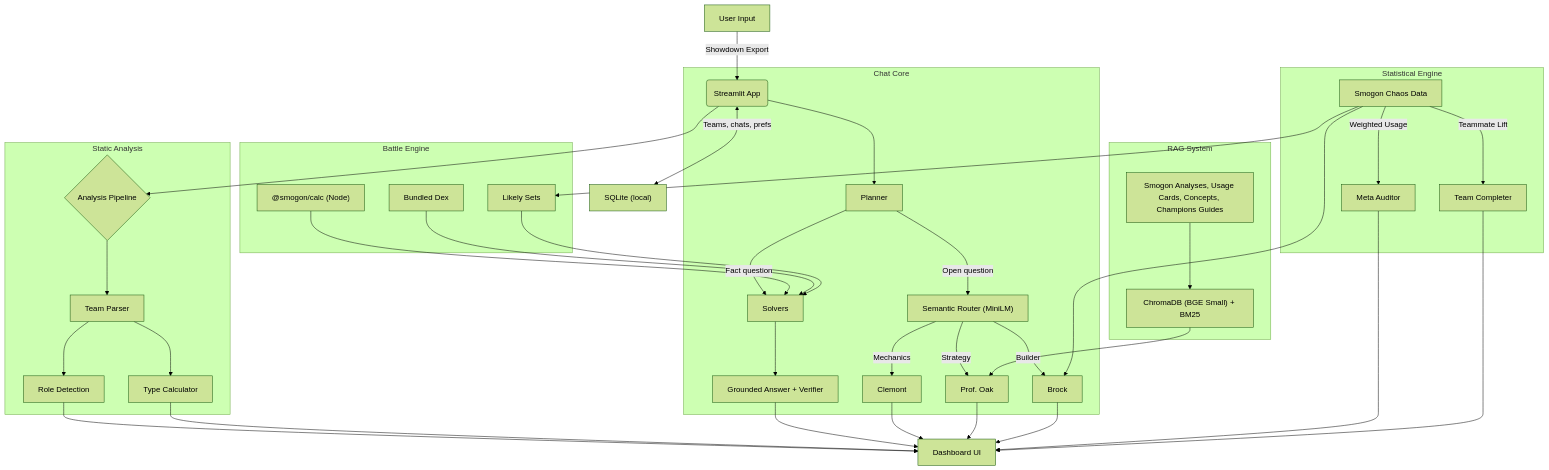
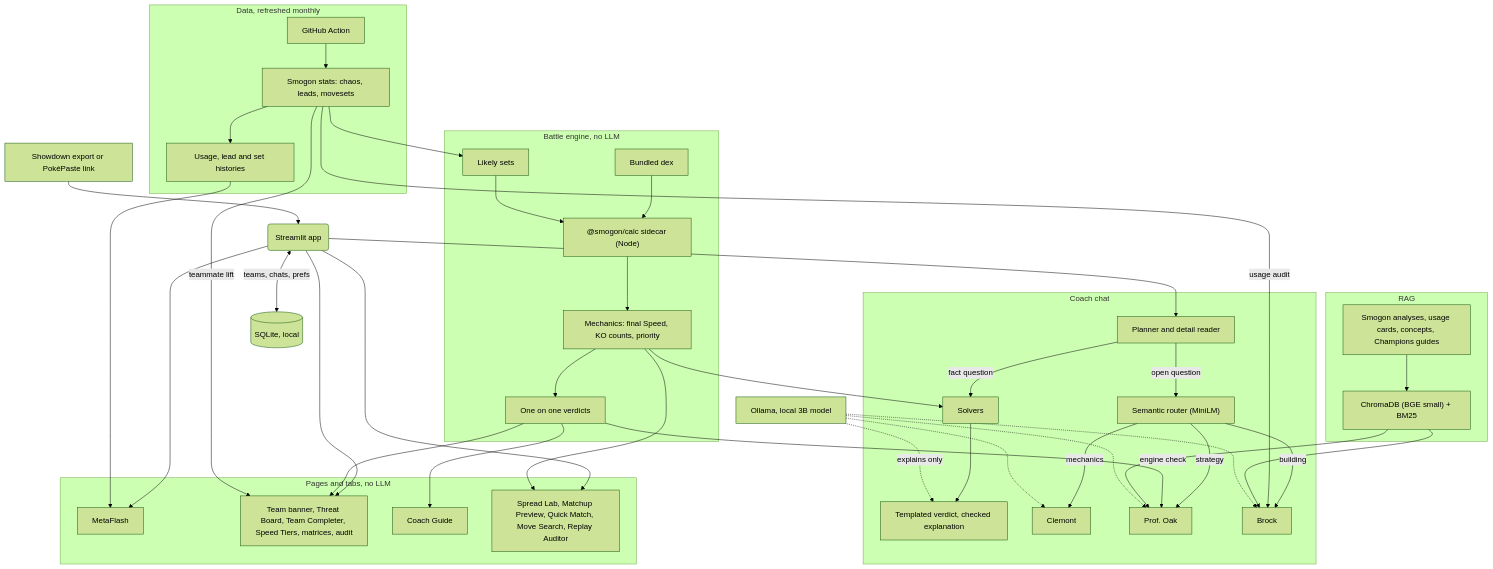
Before and after one commit to NamikazeAsh/MetaMatch: the second of 2 diagrams in README.md, drawn with Mermaid (forest theme). The commit also changed other lines of this file, not shown here.

Commit message:
Update the README chat flow and architecture diagrams

````diff
--- a/README.md
+++ b/README.md
@@ -293,53 +295,75 @@
 ```mermaid
 graph TD
-    A["User Input"] -->|"Showdown Export"| B("Streamlit App")
-    B --> C{"Analysis Pipeline"}
-    B <-->|"Teams, chats, prefs"| S["SQLite (local)"]
+    IN["Showdown export or PokéPaste link"] --> APP("Streamlit app")
+    APP <-->|"teams, chats, prefs"| DB[("SQLite, local")]
 
-    subgraph Engine ["Battle Engine"]
-    K["@smogon/calc (Node)"]
-    X["Bundled Dex"]
-    Y["Likely Sets"]
+    subgraph DATA ["Data, refreshed monthly"]
+        CI["GitHub Action"]
+        STATS["Smogon stats: chaos, leads, movesets"]
+        HIST["Usage, lead and set histories"]
     end
+    CI --> STATS
+    STATS --> HIST
 
-    subgraph AI_Core ["Chat Core"]
-    B --> PL["Planner"]
-    PL -->|"Fact question"| SO["Solvers"]
-    SO --> GR["Grounded Answer + Verifier"]
-    PL -->|"Open question"| R["Semantic Router (MiniLM)"]
-    R -->|Mechanics| T["Clemont"]
-    R -->|Strategy| U["Prof. Oak"]
-    R -->|Builder| V["Brock"]
+    subgraph ENGINE ["Battle engine, no LLM"]
+        DEX["Bundled dex"]
+        SETS["Likely sets"]
+        CALC["@smogon/calc sidecar (Node)"]
+        MECH["Mechanics: final Speed, KO counts, priority"]
+        BOARD["One on one verdicts"]
     end
+    STATS --> SETS
+    DEX --> CALC
+    SETS --> CALC
+    CALC --> MECH
+    MECH --> BOARD
 
-    K --> SO
-    X --> SO
-    Y --> SO
+    subgraph PAGES ["Pages and tabs, no LLM"]
+        FLASH["MetaFlash"]
+        DASH["Team banner, Threat Board, Team Completer, Speed Tiers, matrices, audit"]
+        GUIDE["Coach Guide"]
+        TOOLS["Spread Lab, Matchup Preview, Quick Match, Move Search, Replay Auditor"]
+    end
+    APP --> FLASH
+    APP --> DASH
+    APP --> TOOLS
+    HIST --> FLASH
+    BOARD --> DASH
+    BOARD --> GUIDE
+    MECH --> TOOLS
+    STATS -->|"teammate lift"| DASH
 
-    subgraph RAG_Engine ["RAG System"]
-    H["Smogon Analyses, Usage Cards, Concepts, Champions Guides"] --> I["ChromaDB (BGE Small) + BM25"]
-    I --> U
+    subgraph CHAT ["Coach chat"]
+        PL["Planner and detail reader"]
+        SO["Solvers"]
+        VF["Templated verdict, checked explanation"]
+        RT["Semantic router (MiniLM)"]
+        CL["Clemont"]
+        OAK["Prof. Oak"]
+        BR["Brock"]
     end
+    APP --> PL
+    PL -->|"fact question"| SO
+    SO --> VF
+    MECH --> SO
+    PL -->|"open question"| RT
+    RT -->|"mechanics"| CL
+    RT -->|"strategy"| OAK
+    RT -->|"building"| BR
+    BOARD -->|"engine check"| OAK
+    STATS -->|"usage audit"| BR
 
-    subgraph Statistical_Engine ["Statistical Engine"]
-    M["Smogon Chaos Data"] -->|"Weighted Usage"| N["Meta Auditor"]
-    M -->|"Teammate Lift"| O["Team Completer"]
-    M --> Y
-    M --> V
+    subgraph RAG ["RAG"]
+        SRC["Smogon analyses, usage cards, concepts, Champions guides"]
+        IDX["ChromaDB (BGE small) + BM25"]
     end
+    SRC --> IDX
+    IDX --> OAK
+    IDX --> BR
 
-    subgraph Static_Analysis ["Static Analysis"]
-    C --> D["Team Parser"]
-    D --> F["Role Detection"]
-    D --> G["Type Calculator"]
-    end
-
-    F --> P["Dashboard UI"]
-    G --> P
-    GR --> P
-    T --> P
-    U --> P
-    V --> P
-    N --> P
-    O --> P
+    LLM["Ollama, local 3B model"]
+    LLM -.->|"explains only"| VF
+    LLM -.-> CL
+    LLM -.-> OAK
+    LLM -.-> BR
 ```
````
